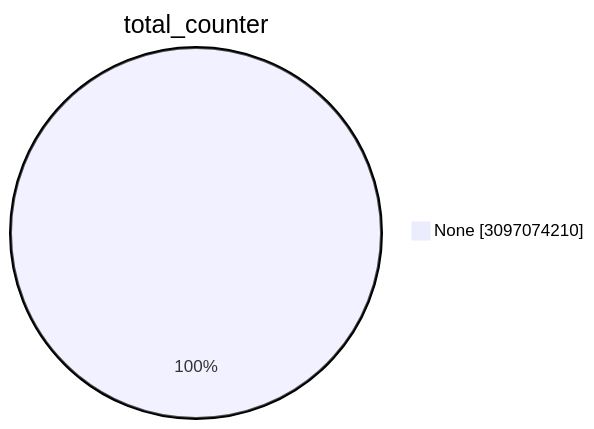
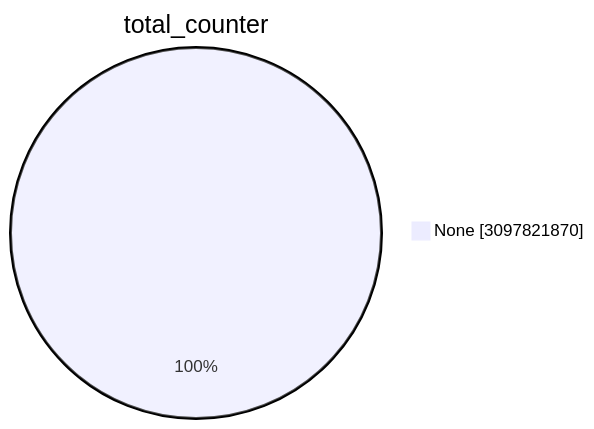
One commit to christiankrug/ctmonitor_visualization changed the first of 15 diagrams in TOTAL/README.md. Above: the diagram before and after it, drawn with Mermaid. The commit also changed other lines of this file, not shown here.

````diff
--- a/TOTAL/README.md
+++ b/TOTAL/README.md
@@ -1,5 +1,5 @@
 ```mermaid
 pie showData
 title total_counter
-"None" :3097074210
+"None" :3097821870
 ```
````
